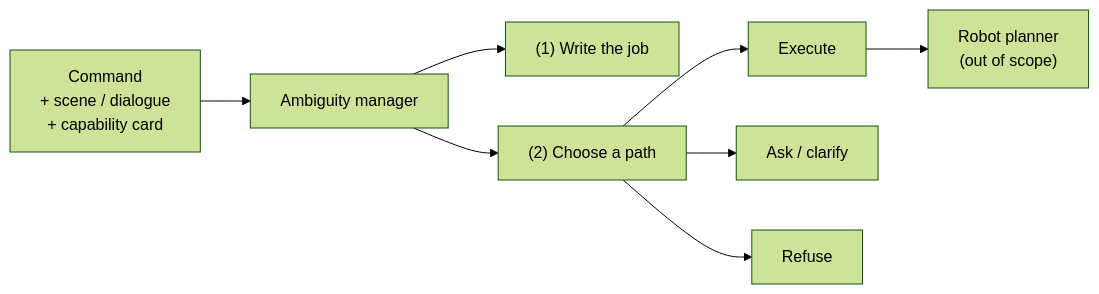
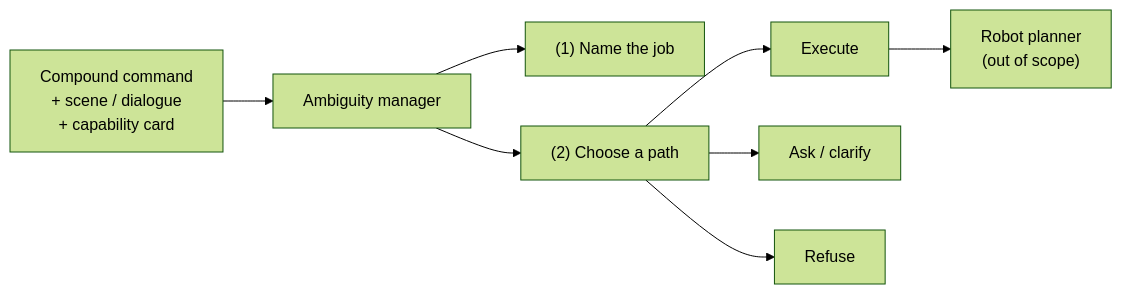
One commit to huziibee/Research_Report changed the diagram in 01-abstract.md. Above: the diagram before and after it, drawn with Mermaid (forest theme). The commit also changed other lines of this file and 10 other files, not shown here.

First line of the commit message:
Recentre the report on compound ambiguity with failure-focused science.

````diff
--- a/01-abstract.md
+++ b/01-abstract.md
@@ -5,10 +5,10 @@
 ```mermaid
 flowchart LR
-  A["Command\n+ scene / dialogue\n+ capability card"] --> B["Ambiguity manager"]
-  B --> B1["(1) Write the job"]
+  A["Compound command\n+ scene / dialogue\n+ capability card"] --> B["Ambiguity manager"]
+  B --> B1["(1) Name the job"]
   B --> B2["(2) Choose a path"]
   B2 --> C["Execute"]
   B2 --> D["Ask / clarify"]
   B2 --> E["Refuse"]
   C --> F["Robot planner\n(out of scope)"]
 ```
````
